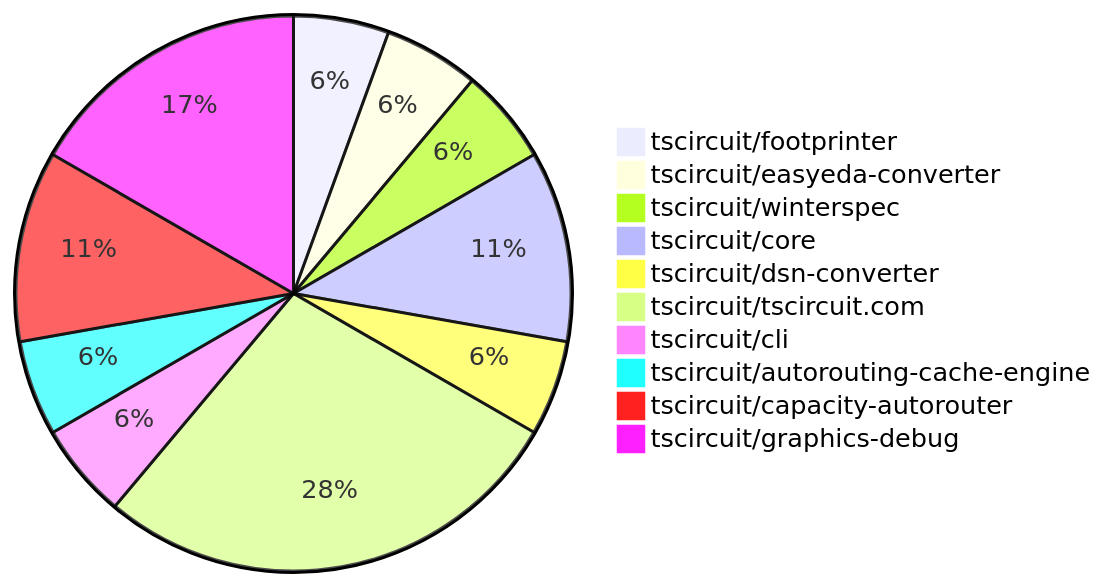
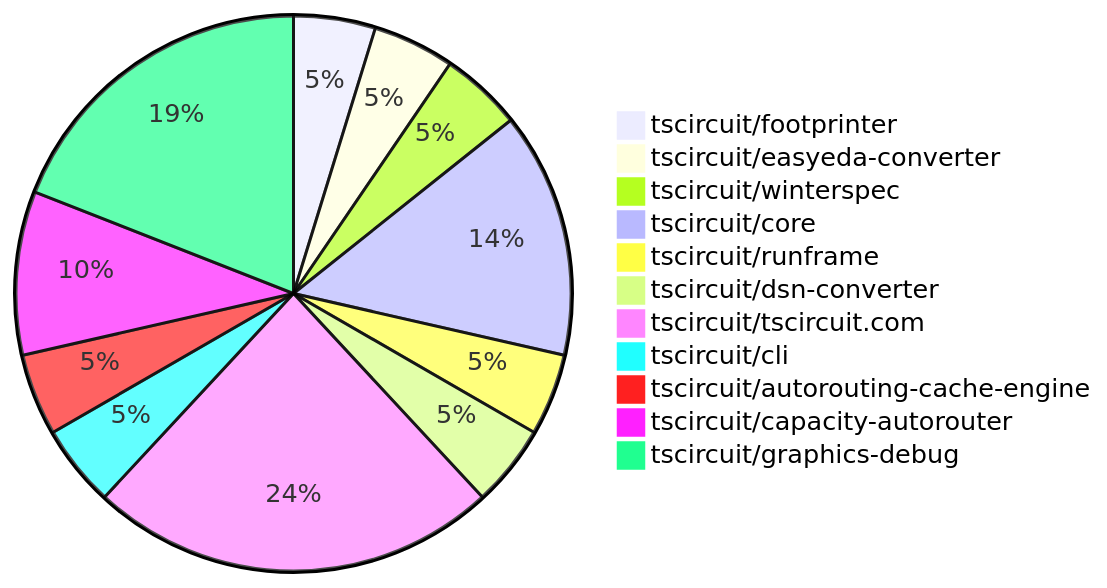
The diagram in README.md (tscircuit/contribution-tracker), drawn with Mermaid before and after one commit. The commit also changed other lines of this file and 2 other files, not shown here.

````diff
--- a/README.md
+++ b/README.md
@@ -24,13 +24,14 @@
 ```mermaid
 pie
     "tscircuit/footprinter" : 1
     "tscircuit/easyeda-converter" : 1
     "tscircuit/winterspec" : 1
-    "tscircuit/core" : 2
+    "tscircuit/core" : 3
+    "tscircuit/runframe" : 1
     "tscircuit/dsn-converter" : 1
     "tscircuit/tscircuit.com" : 5
     "tscircuit/cli" : 1
     "tscircuit/autorouting-cache-engine" : 1
     "tscircuit/capacity-autorouter" : 2
-    "tscircuit/graphics-debug" : 3
+    "tscircuit/graphics-debug" : 4
 ```
````
